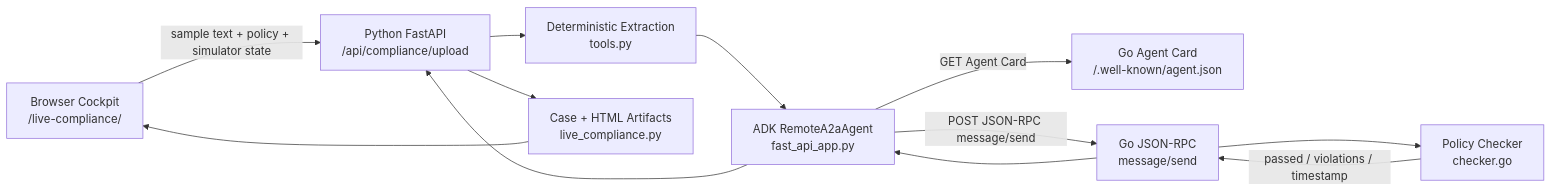
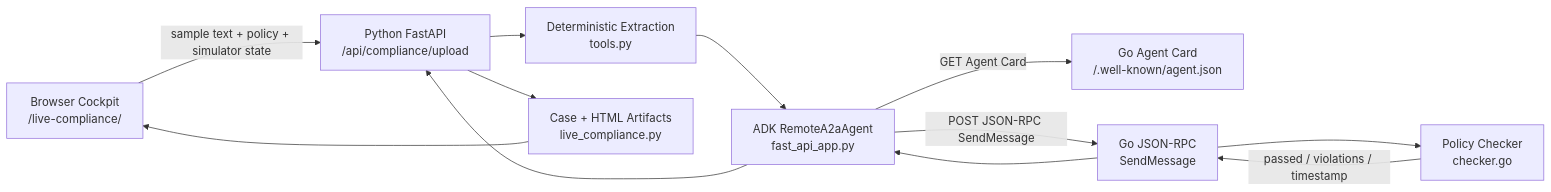
Before and after one commit to GoogleCloudPlatform/generative-ai: the diagram in agents/adk/contract-compliance-pipeline/ARCHITECTURE.md, drawn with Mermaid. The commit also changed other lines of this file and 8 other files, not shown here.

````diff
--- a/agents/adk/contract-compliance-pipeline/ARCHITECTURE.md
+++ b/agents/adk/contract-compliance-pipeline/ARCHITECTURE.md
@@ -14,23 +14,23 @@
 ```mermaid
 flowchart LR
     UI["Browser Cockpit<br/>/live-compliance/"]
     API["Python FastAPI<br/>/api/compliance/upload"]
     EXTRACT["Deterministic Extraction<br/>tools.py"]
     ADK["ADK RemoteA2aAgent<br/>fast_api_app.py"]
     CARD["Go Agent Card<br/>/.well-known/agent.json"]
-    RPC["Go JSON-RPC<br/>message/send"]
+    RPC["Go JSON-RPC<br/>SendMessage"]
     CHECK["Policy Checker<br/>checker.go"]
     ART["Case + HTML Artifacts<br/>live_compliance.py"]
 
     UI -->|"sample text + policy + simulator state"| API
     API --> EXTRACT
     EXTRACT --> ADK
     ADK -->|"GET Agent Card"| CARD
-    ADK -->|"POST JSON-RPC message/send"| RPC
+    ADK -->|"POST JSON-RPC SendMessage"| RPC
     RPC --> CHECK
     CHECK -->|"passed / violations / timestamp"| RPC
     RPC --> ADK
     ADK --> API
     API --> ART
     ART --> UI
 ```
````
